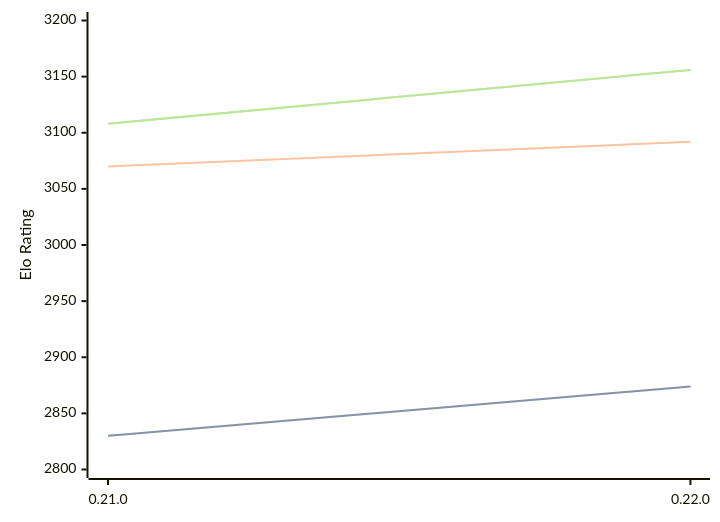
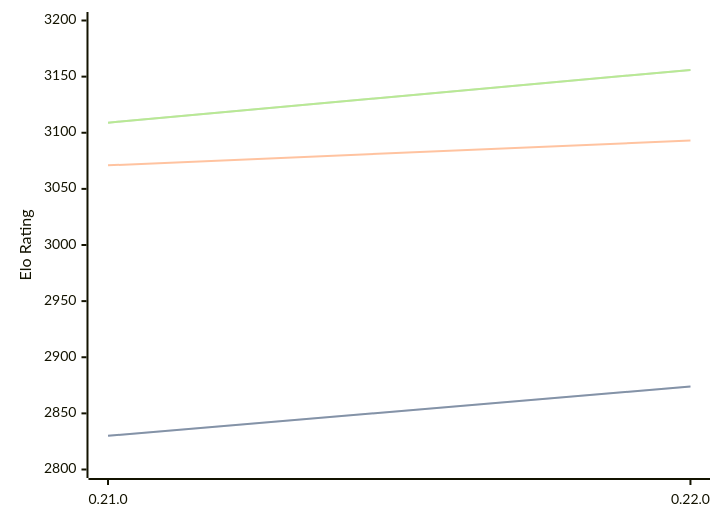
One commit to computer-chess-index/cci changed the diagram in engines/Princhess.md. Above: the diagram before and after it, drawn with Mermaid. The commit also changed other lines of this file, not shown here.

Commit message:
Update CCI Ratings (ELO VLTC) - 2026-08-20

````diff
--- a/engines/Princhess.md
+++ b/engines/Princhess.md
@@ -32,11 +32,11 @@
 ```mermaid
 %%{init: {"theme":"base","themeVariables":{"seriesColors:['#a3a3a3','#222221','#faa371']}}}%%
 xychart-beta
   x-axis ["0.21.0", "0.22.0"]
   y-axis "Elo Rating" 2800 --> 3200
   line "STC (8.0+0.08s)" [2830, 2874]
   line "STC (8.0+0.08s)" [2830, 2874]
-  line "LTC (60.0+0.60s)" [3070, 3092]
-  line "VLTC (2m24s+1.12s)" [3108, 3156]
-  line "VLTC (2m24s+1.12s)" [3108, 3156]
+  line "LTC (60.0+0.60s)" [3071, 3093]
+  line "VLTC (2m24s+1.12s)" [3109, 3156]
+  line "VLTC (2m24s+1.12s)" [3109, 3156]
 ```
````
